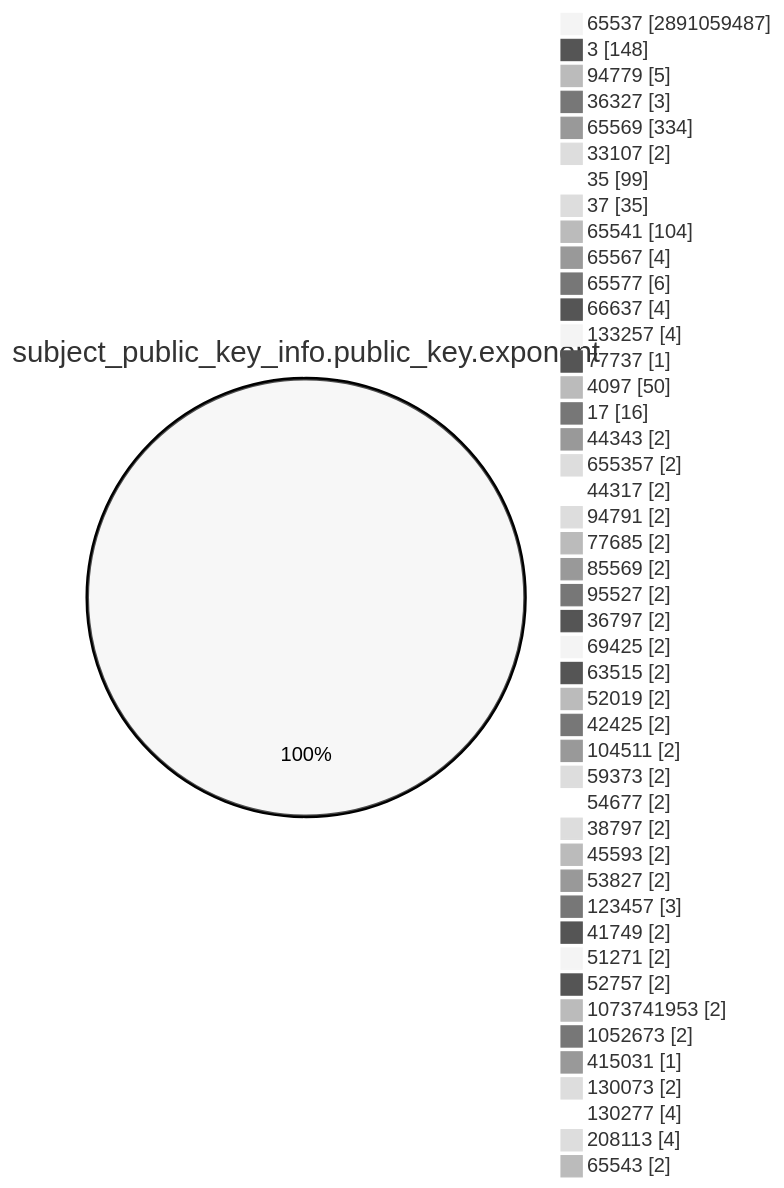
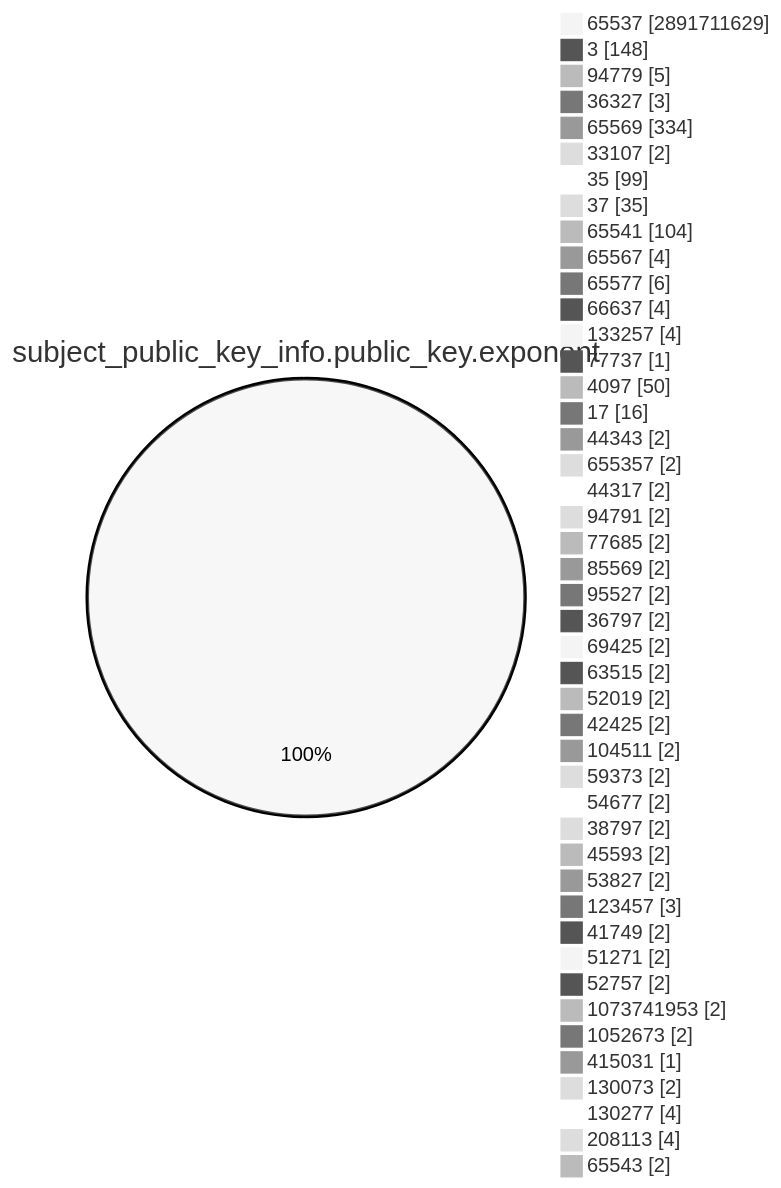
Before and after one commit to christiankrug/ctmonitor_visualization: the fourth of 15 diagrams in TOTAL/README.md, drawn with Mermaid (neutral theme). The commit also changed other lines of this file, not shown here.

````diff
--- a/TOTAL/README.md
+++ b/TOTAL/README.md
@@ -1468,49 +1468,49 @@
 ```mermaid
 pie showData
 title subject_public_key_info.public_key.exponent
-"65537" :2891059487
+"65537" :2891711629
 "3" :148
 "94779" :5
 "36327" :3
 "65569" :334
 "33107" :2
 "35" :99
 "37" :35
 "65541" :104
 "65567" :4
 "65577" :6
 "66637" :4
 "133257" :4
 "77737" :1
 "4097" :50
 "17" :16
 "44343" :2
 "655357" :2
 "44317" :2
 "94791" :2
 "77685" :2
 "85569" :2
 "95527" :2
 "36797" :2
 "69425" :2
 "63515" :2
 "52019" :2
 "42425" :2
 "104511" :2
 "59373" :2
 "54677" :2
 "38797" :2
 "45593" :2
 "53827" :2
 "123457" :3
 "41749" :2
 "51271" :2
 "52757" :2
 "1073741953" :2
 "1052673" :2
 "415031" :1
 "130073" :2
 "130277" :4
 "208113" :4
 "65543" :2
 ```
````
